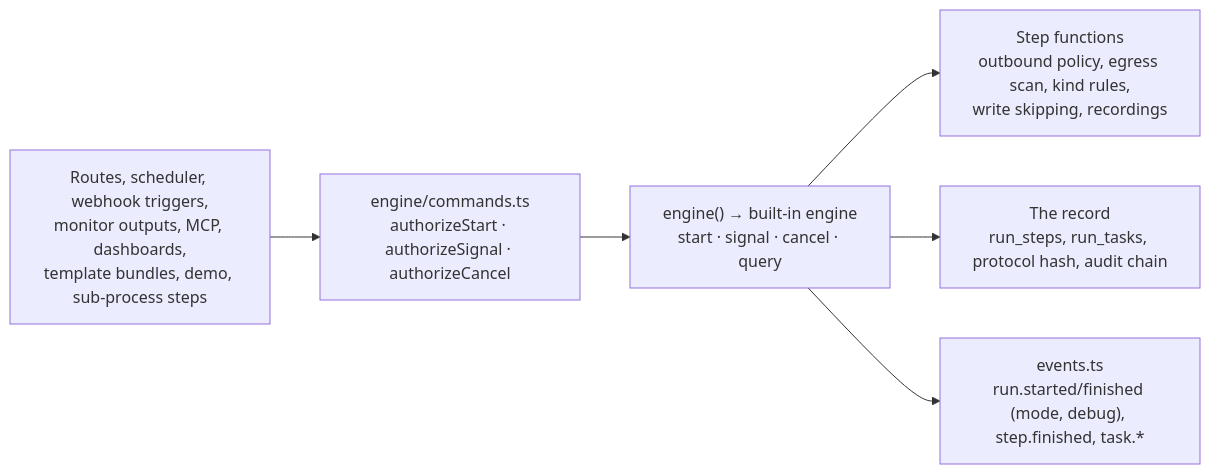
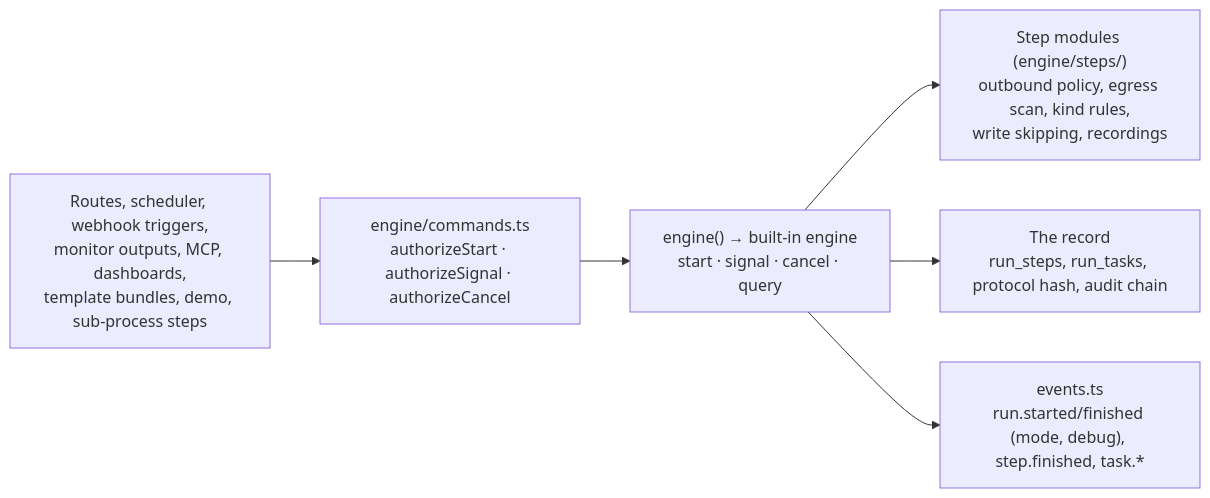
One commit to vxrz/Steward changed the third of 3 diagrams in docs/ARCHITECTURE.md. Above: the diagram before and after it, drawn with Mermaid. The commit also changed other lines of this file and 2 other files, not shown here.

Commit message:
docs(engine): step types behind a registry (ADR 0011 update 0.11) and how to add one

````diff
--- a/docs/ARCHITECTURE.md
+++ b/docs/ARCHITECTURE.md
@@ -149,12 +149,12 @@
 ```mermaid
 flowchart LR
   callers["Routes, scheduler, webhook triggers,<br/>monitor outputs, MCP, dashboards,<br/>template bundles, demo, sub-process steps"]
   commands["engine/commands.ts<br/>authorizeStart · authorizeSignal · authorizeCancel"]
   engine["engine() → built-in engine<br/>start · signal · cancel · query"]
-  steps["Step functions<br/>outbound policy, egress scan, kind rules,<br/>write skipping, recordings"]
+  steps["Step modules (engine/steps/)<br/>outbound policy, egress scan, kind rules,<br/>write skipping, recordings"]
   record["The record<br/>run_steps, run_tasks, protocol hash, audit chain"]
   events["events.ts<br/>run.started/finished (mode, debug), step.finished, task.*"]
   callers --> commands --> engine --> steps
   engine --> record
   engine --> events
 ```
````
